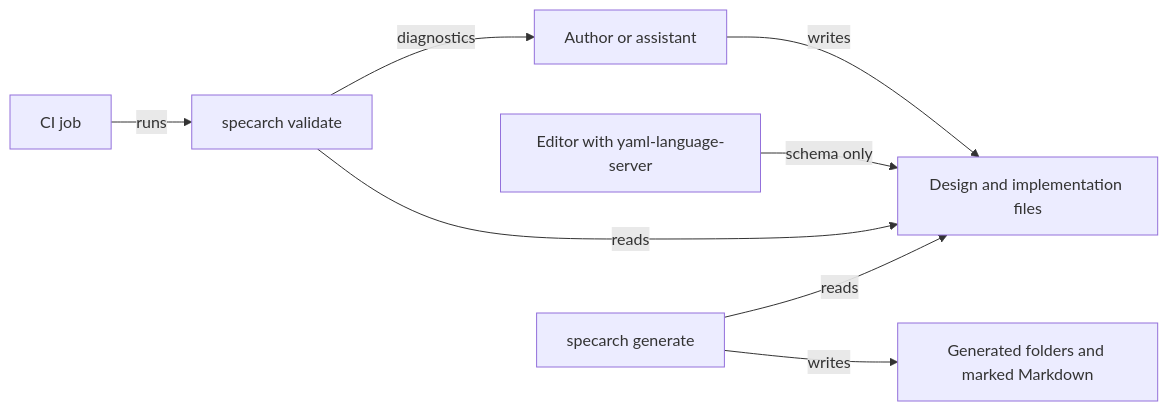
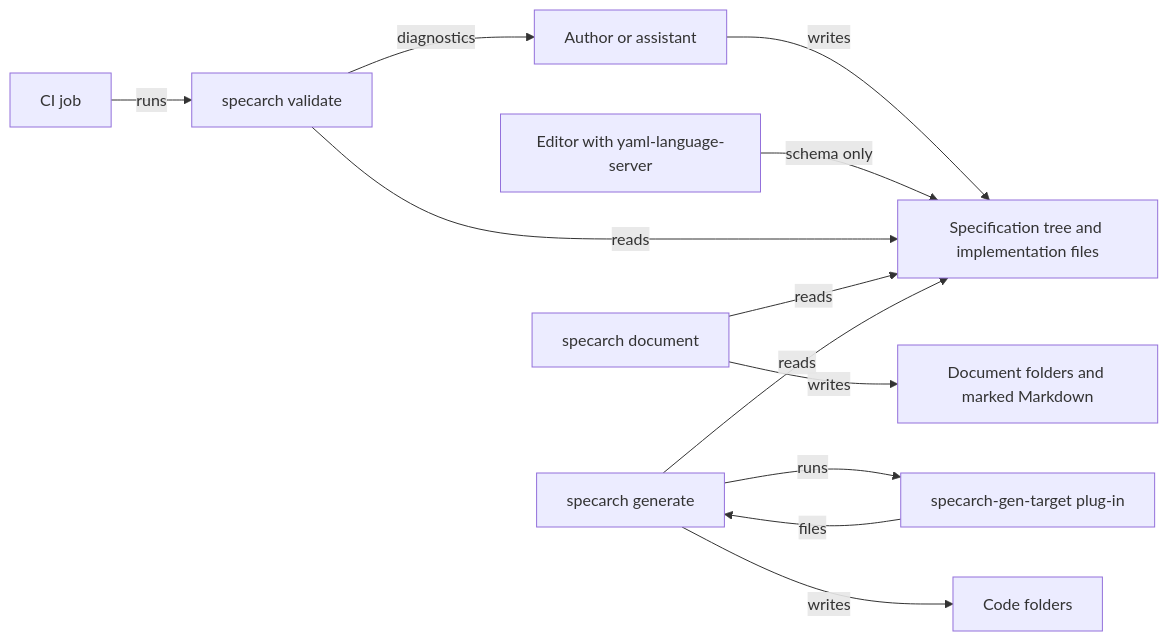
The first of 3 diagrams in spec/specarch.md (SpecArch/specarch), drawn with Mermaid before and after one commit. The commit also changed other lines of this file and 98 other files, not shown here.

````diff
--- a/spec/specarch.md
+++ b/spec/specarch.md
@@ -37,10 +43,14 @@
 ```mermaid
 flowchart LR
-  A[Author or assistant] -->|writes| F[Design and implementation files]
+  A[Author or assistant] -->|writes| F[Specification tree and implementation files]
   E[Editor with yaml-language-server] -->|schema only| F
   V[specarch validate] -->|reads| F
   V -->|diagnostics| A
   CI[CI job] -->|runs| V
+  D[specarch document] -->|reads| F
+  D -->|writes| O[Document folders and marked Markdown]
   G[specarch generate] -->|reads| F
-  G -->|writes| O[Generated folders and marked Markdown]
+  G -->|runs| P[specarch-gen-target plug-in]
+  P -->|files| G
+  G -->|writes| C[Code folders]
 ```
````
